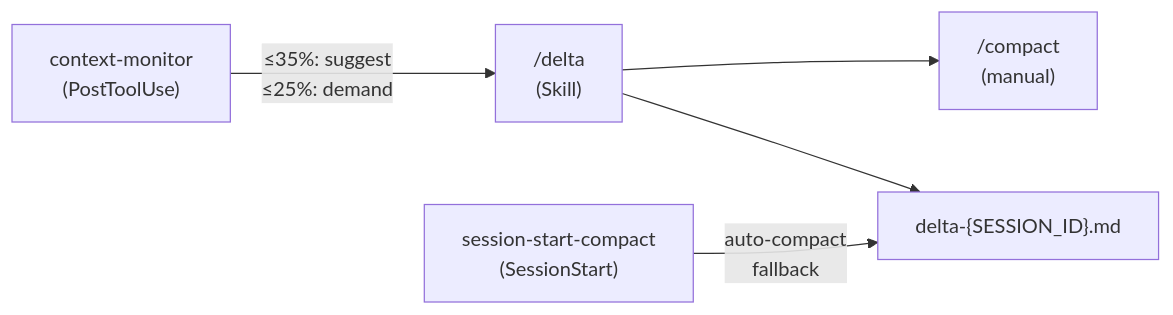
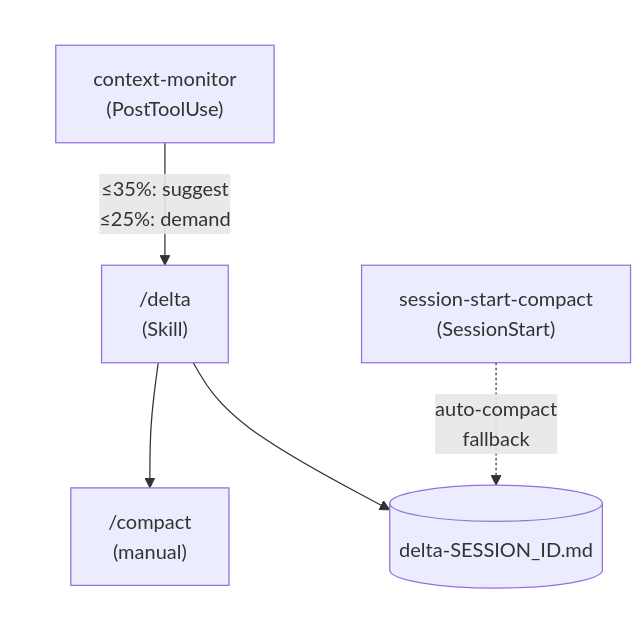
The diagram in README.md (thkt/delta), drawn with Mermaid before and after one commit. The commit also changed other lines of this file and 1 other file, not shown here.

Commit message:
docs: improve Mermaid flow diagrams
Group main flow with subgraph, use dotted arrows for
fallback path, and cylinder node for file output.
Applied to both EN and JA READMEs.

````diff
--- a/README.md
+++ b/README.md
@@ -18,7 +18,12 @@
 ```mermaid
-flowchart LR
-    A["context-monitor\n(PostToolUse)"] -->|"≤35%: suggest\n≤25%: demand"| B["/delta\n(Skill)"]
-    B --> C["/compact\n(manual)"]
-    B --> D["delta-{SESSION_ID}.md"]
-    E["session-start-compact\n(SessionStart)"] -->|"auto-compact\nfallback"| D
+flowchart TD
+    subgraph main [" "]
+        A["context-monitor<br>(PostToolUse)"] -->|"≤35%: suggest<br>≤25%: demand"| B["/delta<br>(Skill)"]
+        B --> C["/compact<br>(manual)"]
+    end
+
+    B --> D[("delta-SESSION_ID.md")]
+    E["session-start-compact<br>(SessionStart)"] -.->|"auto-compact<br>fallback"| D
+
+    style main fill:none,stroke:none
 ```
````
